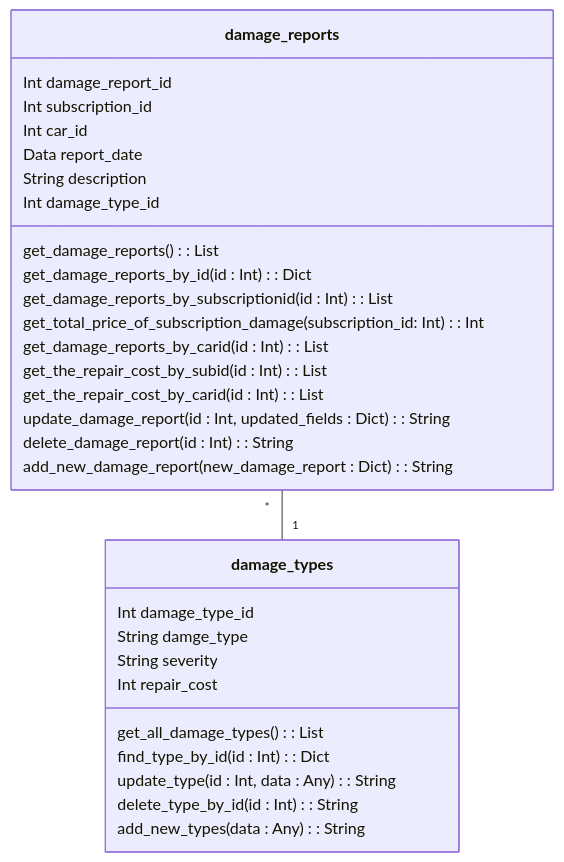
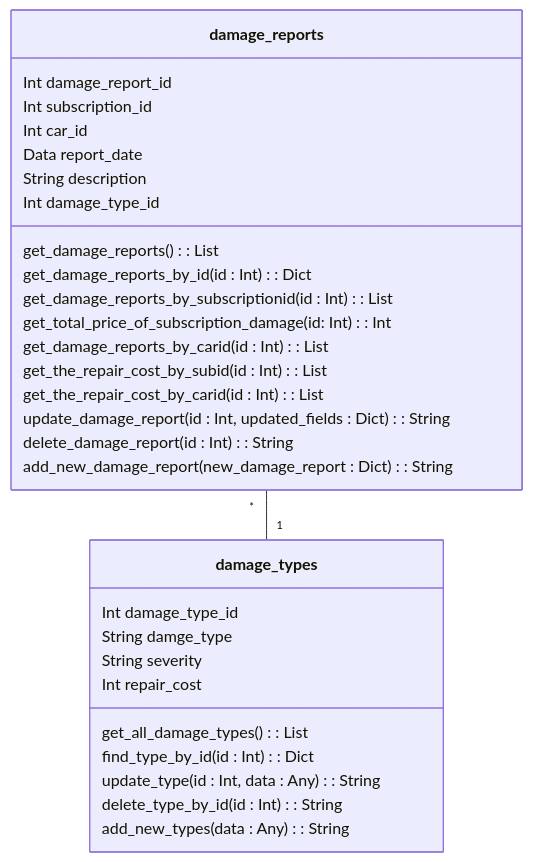
One commit to Bilabonnement-eksamensopgave-2024/skade-microservice changed the diagram in README.md. Above: the diagram before and after it, drawn with Mermaid. The commit also changed other lines of this file, not shown here.

````diff
--- a/README.md
+++ b/README.md
@@ -37,34 +65,34 @@
 ``` mermaid
 classDiagram
   class damage_reports {
         Int damage_report_id
         Int subscription_id
         Int car_id
         Data report_date
         String description
         Int damage_type_id
         get_damage_reports() : List
         get_damage_reports_by_id(id : Int) : Dict 
         get_damage_reports_by_subscriptionid(id : Int) : List
-        get_total_price_of_subscription_damage(subscription_id: Int) : Int
+        get_total_price_of_subscription_damage(id: Int) : Int
         get_damage_reports_by_carid(id : Int) : List
         get_the_repair_cost_by_subid(id : Int) : List
         get_the_repair_cost_by_carid(id : Int) : List
         update_damage_report(id : Int, updated_fields : Dict) : String
         delete_damage_report(id : Int) : String
         add_new_damage_report(new_damage_report : Dict) : String
   }
   class damage_types {
         Int damage_type_id
         String damge_type
         String severity
         Int repair_cost
         get_all_damage_types() : List
         find_type_by_id(id : Int) : Dict 
         update_type(id : Int, data : Any) : String
         delete_type_by_id(id : Int) : String
         add_new_types(data : Any) : String
   }
 
    damage_reports "*" -- "1" damage_types
 ```
````
